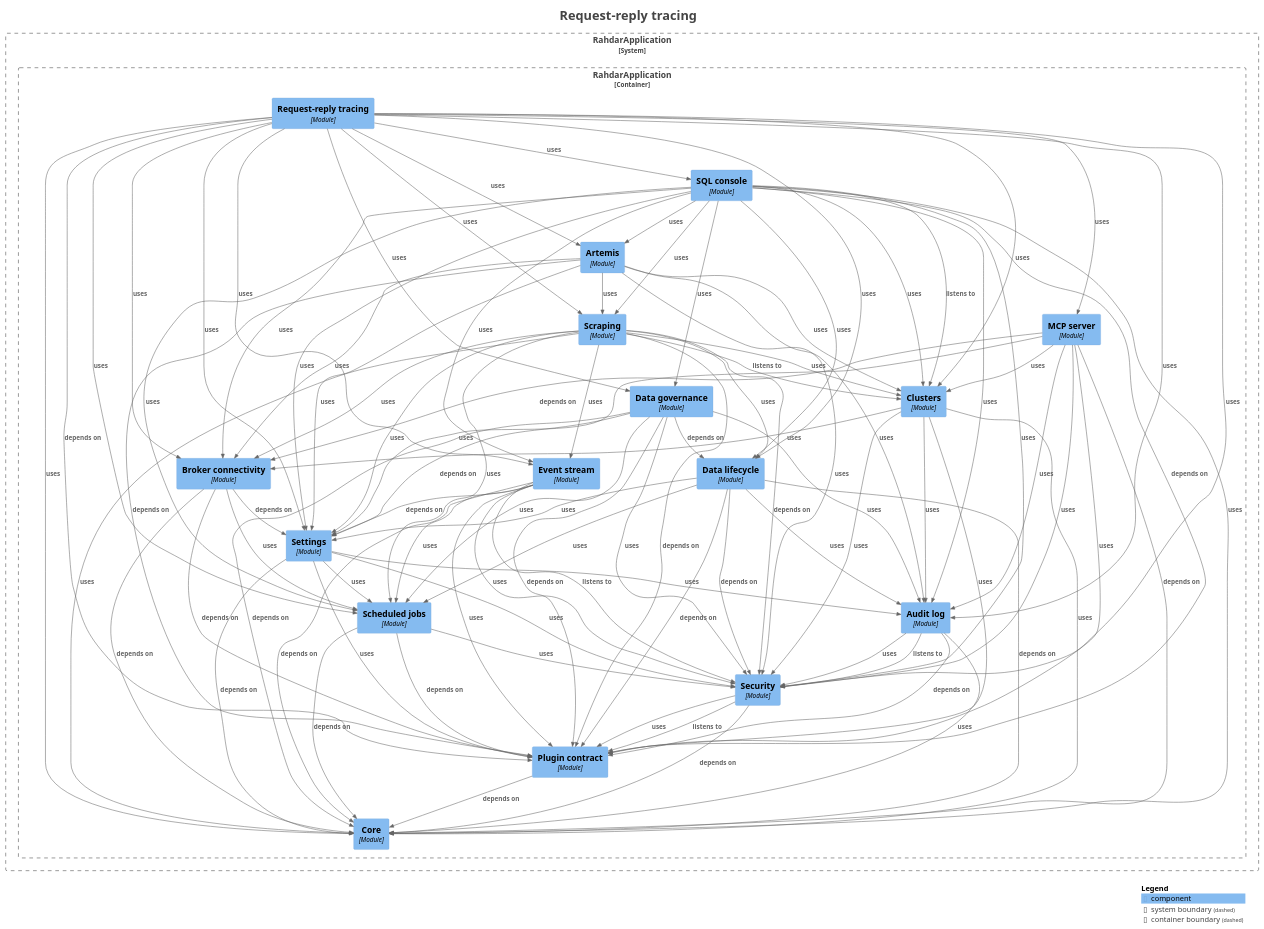
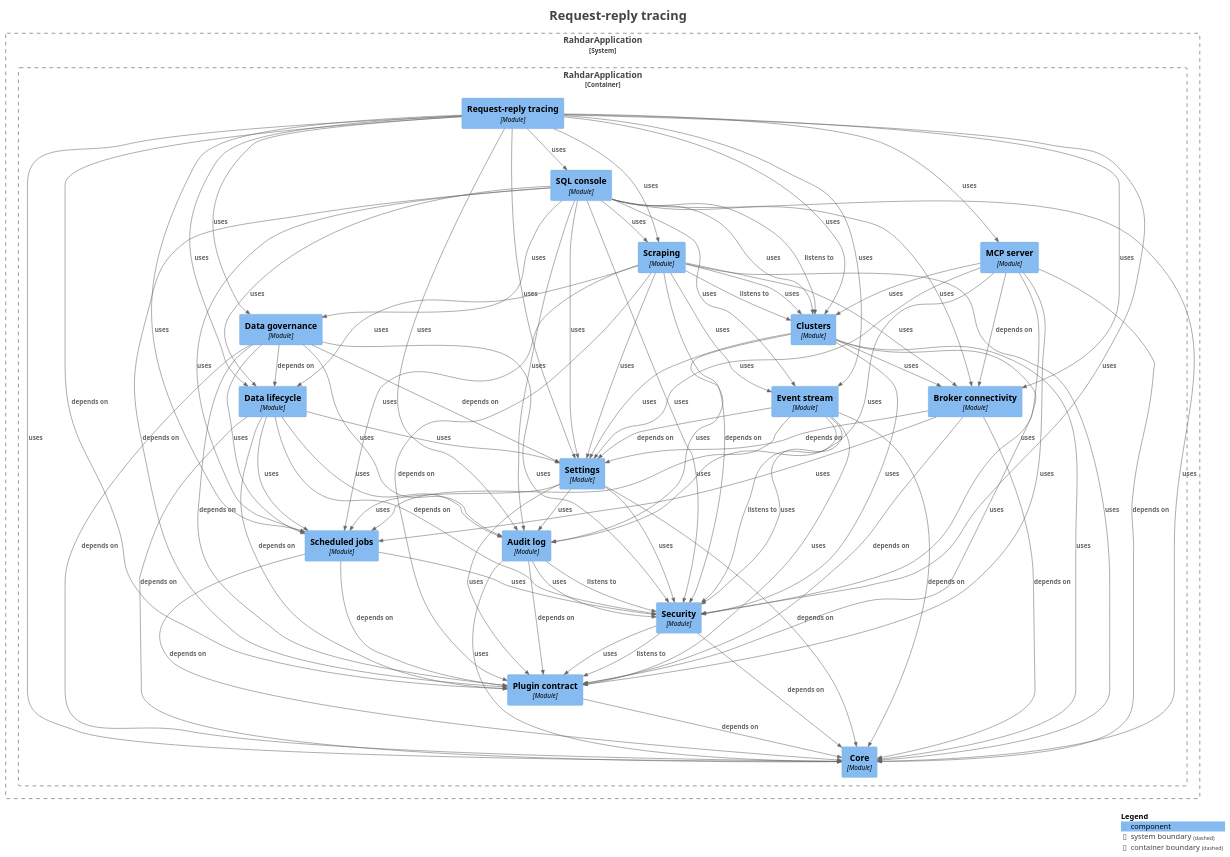
The diagram in docs/modules/module-feature.rr.puml (sudoitir/rahdar), drawn with PlantUML before and after one commit. The commit also changed 33 other files, not shown here.

```diff
--- a/docs/modules/module-feature.rr.puml
+++ b/docs/modules/module-feature.rr.puml
@@ -17,7 +17,6 @@
 
 System_Boundary("RahdarApplication_boundary", "RahdarApplication", $tags="") {
   Container_Boundary("RahdarApplication.RahdarApplication_boundary", "RahdarApplication", $tags="") {
-    Component(RahdarApplication.RahdarApplication.Artemis, "Artemis", $techn="Module", $descr="", $tags="", $link="")
     Component(RahdarApplication.RahdarApplication.Auditlog, "Audit log", $techn="Module", $descr="", $tags="", $link="")
     Component(RahdarApplication.RahdarApplication.Brokerconnectivity, "Broker connectivity", $techn="Module", $descr="", $tags="", $link="")
     Component(RahdarApplication.RahdarApplication.Clusters, "Clusters", $techn="Module", $descr="", $tags="", $link="")
@@ -37,13 +36,6 @@
 
 }
 
-Rel(RahdarApplication.RahdarApplication.Artemis, RahdarApplication.RahdarApplication.Auditlog, "uses", $techn="", $tags="", $link="")
-Rel(RahdarApplication.RahdarApplication.Artemis, RahdarApplication.RahdarApplication.Brokerconnectivity, "uses", $techn="", $tags="", $link="")
-Rel(RahdarApplication.RahdarApplication.Artemis, RahdarApplication.RahdarApplication.Clusters, "uses", $techn="", $tags="", $link="")
-Rel(RahdarApplication.RahdarApplication.Artemis, RahdarApplication.RahdarApplication.Plugincontract, "depends on", $techn="", $tags="", $link="")
-Rel(RahdarApplication.RahdarApplication.Artemis, RahdarApplication.RahdarApplication.Scraping, "uses", $techn="", $tags="", $link="")
-Rel(RahdarApplication.RahdarApplication.Artemis, RahdarApplication.RahdarApplication.Security, "uses", $techn="", $tags="", $link="")
-Rel(RahdarApplication.RahdarApplication.Artemis, RahdarApplication.RahdarApplication.Settings, "uses", $techn="", $tags="", $link="")
 Rel(RahdarApplication.RahdarApplication.Auditlog, RahdarApplication.RahdarApplication.Core, "uses", $techn="", $tags="", $link="")
 Rel(RahdarApplication.RahdarApplication.Auditlog, RahdarApplication.RahdarApplication.Plugincontract, "depends on", $techn="", $tags="", $link="")
 Rel(RahdarApplication.RahdarApplication.Auditlog, RahdarApplication.RahdarApplication.Security, "listens to", $techn="", $tags="", $link="")
@@ -57,6 +49,7 @@
 Rel(RahdarApplication.RahdarApplication.Clusters, RahdarApplication.RahdarApplication.Core, "uses", $techn="", $tags="", $link="")
 Rel(RahdarApplication.RahdarApplication.Clusters, RahdarApplication.RahdarApplication.Plugincontract, "uses", $techn="", $tags="", $link="")
 Rel(RahdarApplication.RahdarApplication.Clusters, RahdarApplication.RahdarApplication.Security, "uses", $techn="", $tags="", $link="")
+Rel(RahdarApplication.RahdarApplication.Clusters, RahdarApplication.RahdarApplication.Settings, "uses", $techn="", $tags="", $link="")
 Rel(RahdarApplication.RahdarApplication.Datagovernance, RahdarApplication.RahdarApplication.Auditlog, "uses", $techn="", $tags="", $link="")
 Rel(RahdarApplication.RahdarApplication.Datagovernance, RahdarApplication.RahdarApplication.Core, "depends on", $techn="", $tags="", $link="")
 Rel(RahdarApplication.RahdarApplication.Datagovernance, RahdarApplication.RahdarApplication.Datalifecycle, "depends on", $techn="", $tags="", $link="")
@@ -84,7 +77,6 @@
 Rel(RahdarApplication.RahdarApplication.MCPserver, RahdarApplication.RahdarApplication.Security, "uses", $techn="", $tags="", $link="")
 Rel(RahdarApplication.RahdarApplication.MCPserver, RahdarApplication.RahdarApplication.Settings, "uses", $techn="", $tags="", $link="")
 Rel(RahdarApplication.RahdarApplication.Plugincontract, RahdarApplication.RahdarApplication.Core, "depends on", $techn="", $tags="", $link="")
-Rel(RahdarApplication.RahdarApplication.Requestreplytracing, RahdarApplication.RahdarApplication.Artemis, "uses", $techn="", $tags="", $link="")
 Rel(RahdarApplication.RahdarApplication.Requestreplytracing, RahdarApplication.RahdarApplication.Auditlog, "uses", $techn="", $tags="", $link="")
 Rel(RahdarApplication.RahdarApplication.Requestreplytracing, RahdarApplication.RahdarApplication.Brokerconnectivity, "uses", $techn="", $tags="", $link="")
 Rel(RahdarApplication.RahdarApplication.Requestreplytracing, RahdarApplication.RahdarApplication.Clusters, "uses", $techn="", $tags="", $link="")
@@ -99,7 +91,6 @@
 Rel(RahdarApplication.RahdarApplication.Requestreplytracing, RahdarApplication.RahdarApplication.Scraping, "uses", $techn="", $tags="", $link="")
 Rel(RahdarApplication.RahdarApplication.Requestreplytracing, RahdarApplication.RahdarApplication.Security, "uses", $techn="", $tags="", $link="")
 Rel(RahdarApplication.RahdarApplication.Requestreplytracing, RahdarApplication.RahdarApplication.Settings, "uses", $techn="", $tags="", $link="")
-Rel(RahdarApplication.RahdarApplication.SQLconsole, RahdarApplication.RahdarApplication.Artemis, "uses", $techn="", $tags="", $link="")
 Rel(RahdarApplication.RahdarApplication.SQLconsole, RahdarApplication.RahdarApplication.Auditlog, "uses", $techn="", $tags="", $link="")
 Rel(RahdarApplication.RahdarApplication.SQLconsole, RahdarApplication.RahdarApplication.Brokerconnectivity, "uses", $techn="", $tags="", $link="")
 Rel(RahdarApplication.RahdarApplication.SQLconsole, RahdarApplication.RahdarApplication.Clusters, "listens to", $techn="", $tags="", $link="")
```
